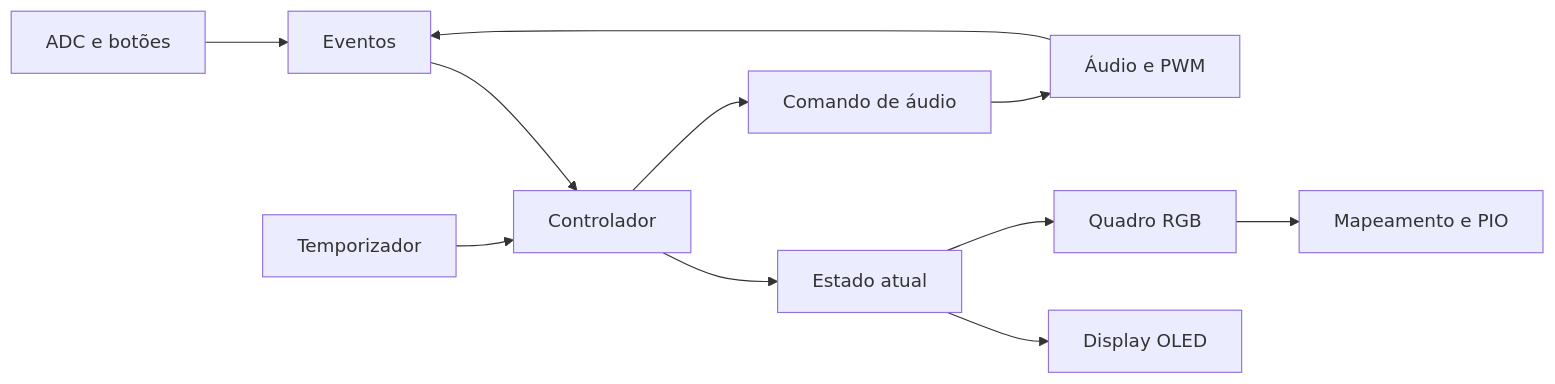
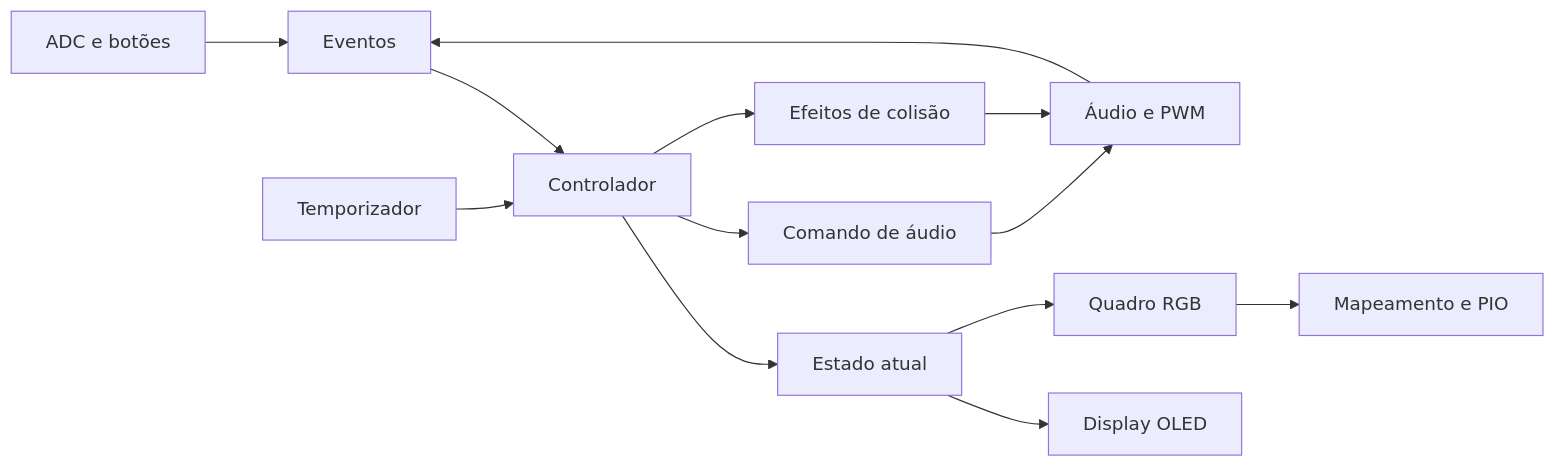
The diagram in README.md (kaypes/MikaP3), drawn with Mermaid before and after one commit. The commit also changed other lines of this file and 20 other files, not shown here.

````diff
--- a/README.md
+++ b/README.md
@@ -107,13 +152,15 @@
 ```mermaid
 flowchart LR
     Input[ADC e botões] --> Events[Eventos]
     Audio[Áudio e PWM] --> Events
     Events --> App[Controlador]
     Clock[Temporizador] --> App
     App --> State[Estado atual]
     App --> Request[Comando de áudio]
+    App --> FX[Efeitos de colisão]
+    FX --> Audio
     Request --> Audio
     State --> OLED[Display OLED]
     State --> RGB[Quadro RGB]
     RGB --> LEDs[Mapeamento e PIO]
 ```
````
